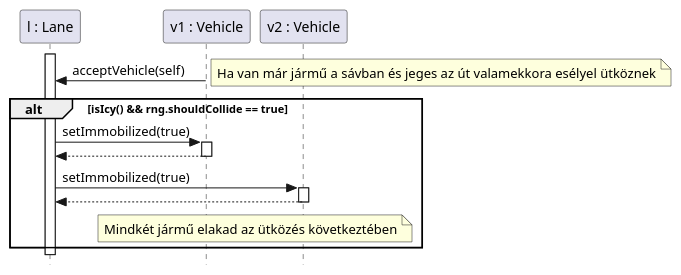
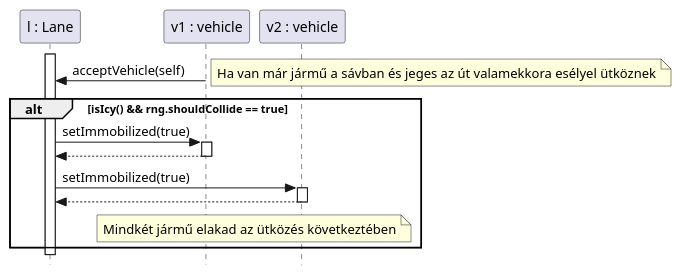
One commit to toth-andor/UneNotteANapoli changed the diagram in docs/03/diagrams/13UC.puml. Above: the diagram before and after it, drawn with PlantUML. The commit also changed 173 other files, not shown here.

```diff
--- a/docs/03/diagrams/13UC.puml
+++ b/docs/03/diagrams/13UC.puml
@@ -1,26 +1,26 @@
 @startuml
 skinparam style strictuml
 
 participant "l : Lane" as L
-participant "v1 : Vehicle" as V1
-participant "v2 : Vehicle" as V2
+participant "v1 : vehicle" as V1
+participant "v2 : vehicle" as V2
 
 activate L
 V1 -> L: acceptVehicle(self)
 note right: Ha van már jármű a sávban és jeges az út valamekkora esélyel ütköznek
 
 alt isIcy() && rng.shouldCollide == true
 
     L -> V1 : setImmobilized(true)
     activate V1
     V1 --> L
     deactivate V1
 
     L -> V2 : setImmobilized(true)
     activate V2
     V2 --> L
     deactivate V2
     note over V1, V2: Mindkét jármű elakad az ütközés következtében
 end
 deactivate L
 @enduml
```
